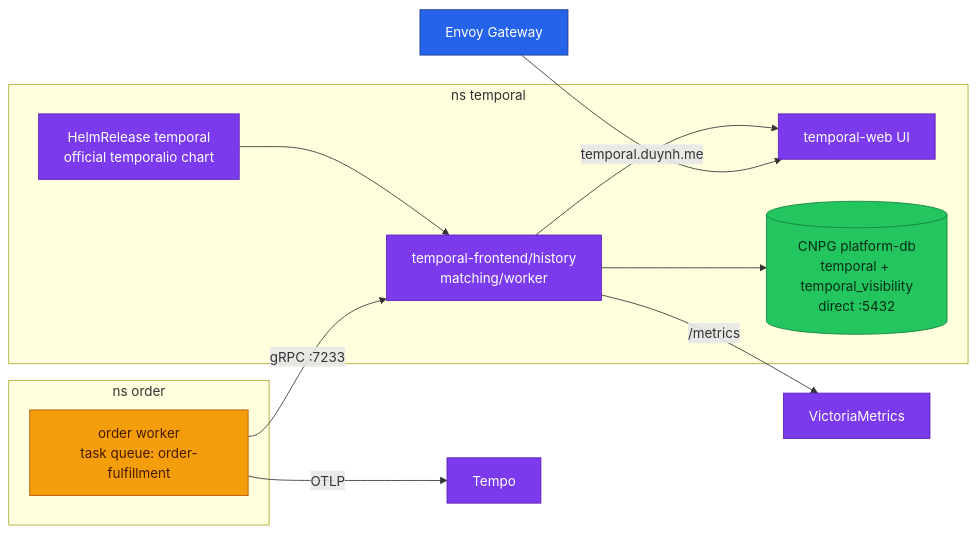
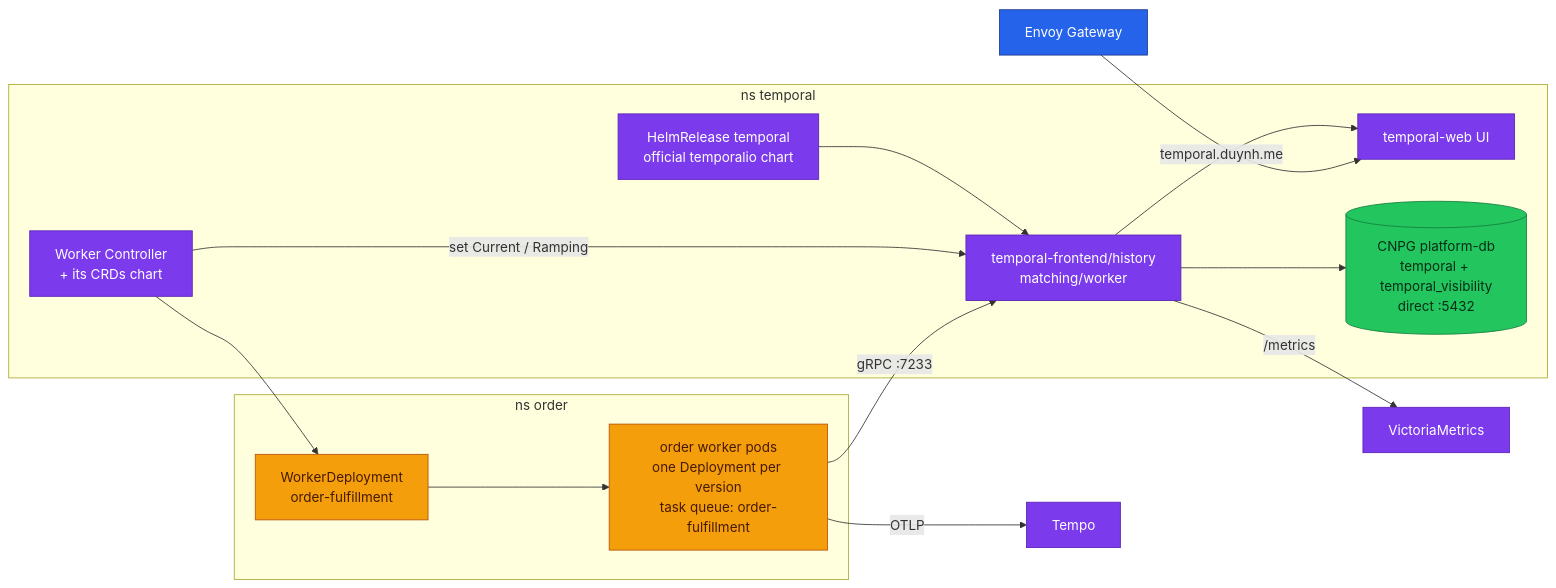
Diagram 18 of 19 in docs/api/temporal.md (duynhlab/homelab), drawn with Mermaid before and after one commit. The commit also changed other lines of this file and 8 other files, not shown here.

````diff
--- a/docs/api/temporal.md
+++ b/docs/api/temporal.md
@@ -991,28 +991,34 @@
 ```mermaid
 flowchart LR
     subgraph ns_temporal[ns temporal]
         HR[HelmRelease temporal<br/>official temporalio chart]
         TC[temporal-frontend/history<br/>matching/worker]
         UI[temporal-web UI]
         TDB[(CNPG platform-db<br/>temporal + temporal_visibility<br/>direct :5432)]
+        WC[Worker Controller<br/>+ its CRDs chart]
         HR --> TC
         TC --> TDB
         TC --> UI
     end
     subgraph ns_order[ns order]
-        OW[order worker<br/>task queue: order-fulfillment]
+        WD[WorkerDeployment<br/>order-fulfillment]
+        OW[order worker pods<br/>one Deployment per version<br/>task queue: order-fulfillment]
     end
+    WC --> WD
+    WD --> OW
+    WC -- "set Current / Ramping" --> TC
     OW -- gRPC :7233 --> TC
     Edge[Envoy Gateway] -- temporal.duynh.me --> UI
     TC -- /metrics --> VM[VictoriaMetrics]
     OW -- OTLP --> Tempo
 
     classDef edge fill:#2563eb,color:#fff,stroke:#1e3a8a;
     classDef worker fill:#f59e0b,color:#451a03,stroke:#b45309;
     classDef platform fill:#7c3aed,color:#fff,stroke:#5b21b6;
     classDef data fill:#22c55e,color:#052e16,stroke:#15803d;
     class Edge edge;
     class OW worker;
-    class HR,TC,UI,VM,Tempo platform;
+    class HR,TC,UI,VM,Tempo,WC platform;
+    class WD worker;
     class TDB data;
 ```
````
